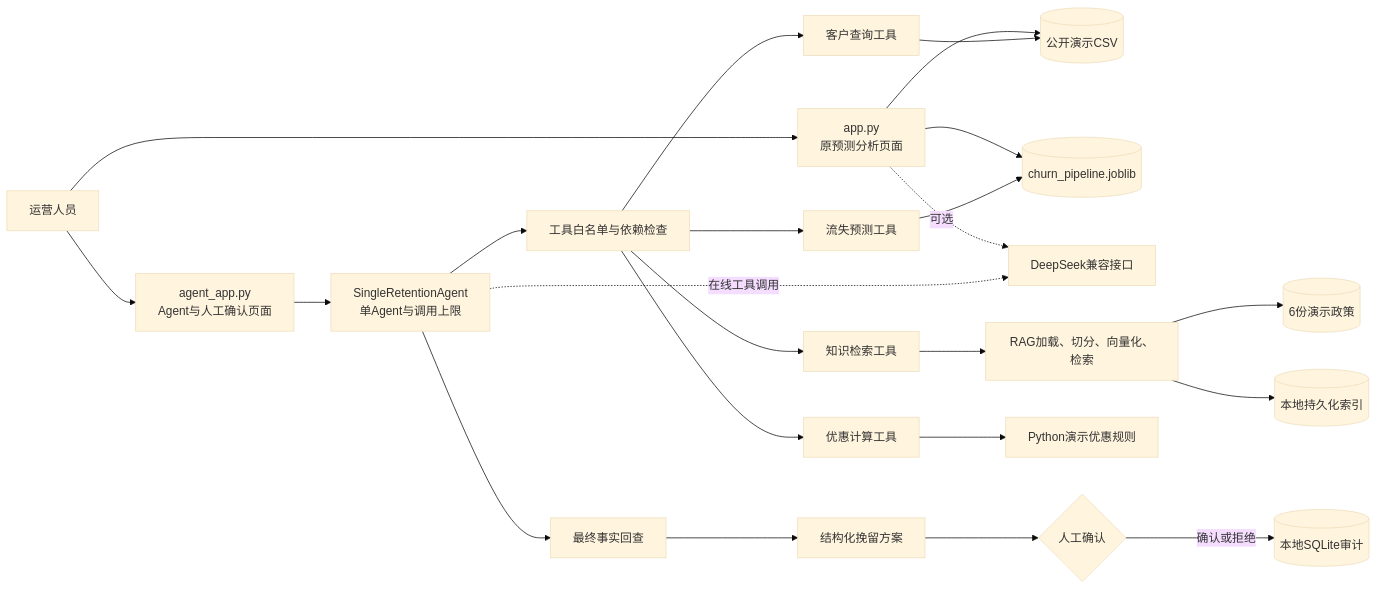
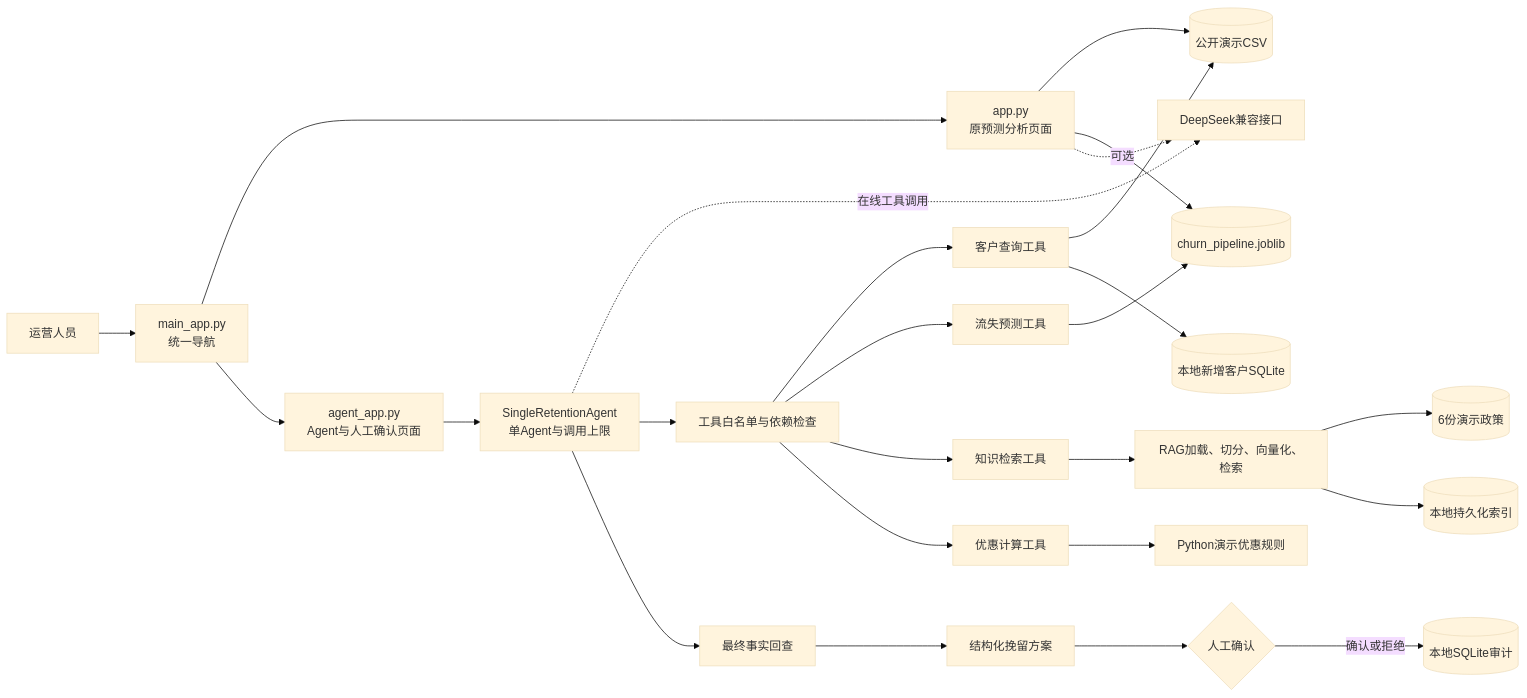
Before and after one commit to GEMini-AU/Telecom-Customer-Churn-Retention-Agent: the diagram in README.md, drawn with Mermaid (base theme). The commit also changed other lines of this file and 56 other files, not shown here.

````diff
--- a/README.md
+++ b/README.md
@@ -15,29 +18,31 @@
 ```mermaid
 flowchart LR
-    U[运营人员] --> OLD[app.py<br/>原预测分析页面]
-    U --> UI[agent_app.py<br/>Agent与人工确认页面]
+    U[运营人员] --> NAV[main_app.py<br/>统一导航]
+    NAV --> OLD[app.py<br/>原预测分析页面]
+    NAV --> UI[agent_app.py<br/>Agent与人工确认页面]
 
     OLD --> CSV[(公开演示CSV)]
     OLD --> MODEL[(churn_pipeline.joblib)]
     OLD -. 可选 .-> DS[DeepSeek兼容接口]
 
     UI --> AGENT[SingleRetentionAgent<br/>单Agent与调用上限]
     AGENT -. 在线工具调用 .-> DS
     AGENT --> REG[工具白名单与依赖检查]
     REG --> T1[客户查询工具]
     REG --> T2[流失预测工具]
     REG --> T3[知识检索工具]
     REG --> T4[优惠计算工具]
 
     T1 --> CSV
+    T1 --> CUSTOM[(本地新增客户SQLite)]
     T2 --> MODEL
     T3 --> RAG[RAG加载、切分、向量化、检索]
     RAG --> KB[(6份演示政策)]
     RAG --> INDEX[(本地持久化索引)]
     T4 --> RULES[Python演示优惠规则]
 
     AGENT --> VERIFY[最终事实回查]
     VERIFY --> PLAN[结构化挽留方案]
     PLAN --> HUMAN{人工确认}
     HUMAN -->|确认或拒绝| AUDIT[(本地SQLite审计)]
 ```
````
